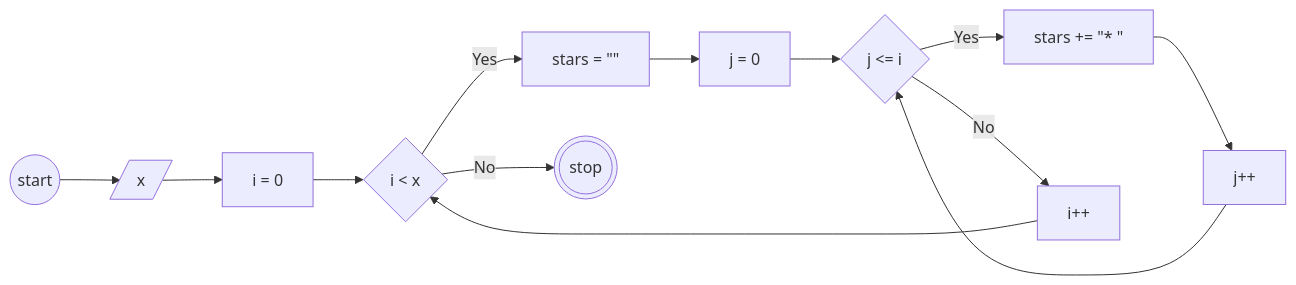
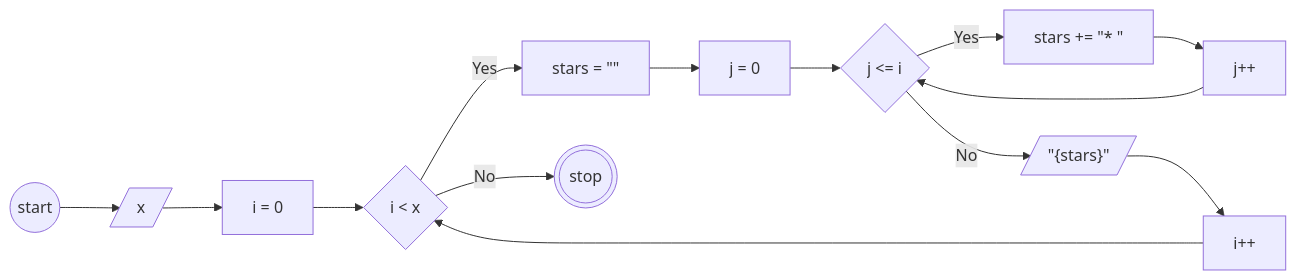
One commit to bildanjhry/Koda-b8-Javascript1 changed the diagram in task-3.md. Above: the diagram before and after it, drawn with Mermaid. The commit also changed 1 other file, not shown here.

````diff
--- a/task-3.md
+++ b/task-3.md
@@ -6,23 +6,24 @@
 ```mermaid
 flowchart LR
 
 start@{shape: circle, label: "start"}
 ref@{shape: lean-r, label: "x"}
 init@{shape: rect, label: "i = 0"}
 con@{shape: diam, label: "i < x"}
 dec@{shape: rect, label: 'stars = ""'}
 initJ@{shape: rect, label: "j = 0"}
 conJ@{shape: diam, label: "j <= i"}
 add@{shape: rect, label: 'stars += "* "'}
 incJ@{shape: rect, label: "j++"}
 inc@{shape: rect, label: "i++"}
+prn@{shape: lean-r, label: '"{stars}"'}
 fin@{shape: double-circle, label: "stop"}
 
 start-->ref-->init-->con
 con-- Yes -->dec-->initJ-->conJ
 con-- No -->fin
 conJ-- Yes -->add-->incJ
-conJ-- No -->inc-->con
+conJ-- No -->prn-->inc-->con
 incJ-->conJ
 
 ```
````
